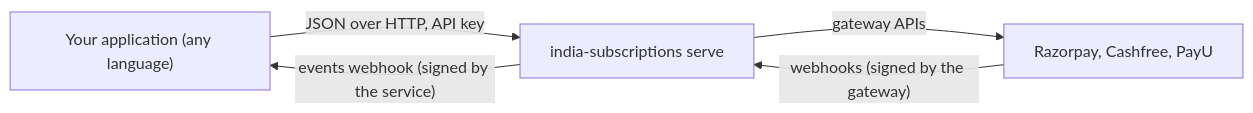
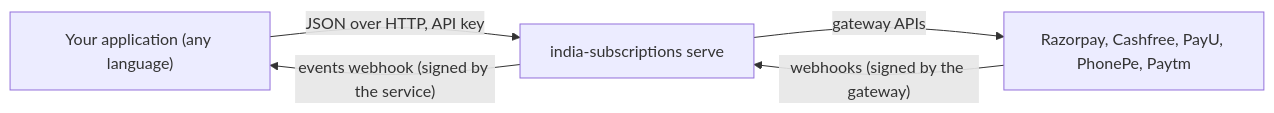
One commit to arjun-vegeta/india-subscriptions changed the diagram in docs/getting-started/any-language.md. Above: the diagram before and after it, drawn with Mermaid. The commit also changed other lines of this file and 16 other files, not shown here.

First line of the commit message:
Docs: PhonePe and Paytm pages and final pass

````diff
--- a/docs/getting-started/any-language.md
+++ b/docs/getting-started/any-language.md
@@ -7,7 +7,7 @@
 ```mermaid
 flowchart LR
   App["Your application (any language)"] -- "JSON over HTTP, API key" --> Svc["india-subscriptions serve"]
-  Svc -- "gateway APIs" --> GW["Razorpay, Cashfree, PayU"]
+  Svc -- "gateway APIs" --> GW["Razorpay, Cashfree, PayU, PhonePe, Paytm"]
   GW -- "webhooks (signed by the gateway)" --> Svc
   Svc -- "events webhook (signed by the service)" --> App
 ```
````
